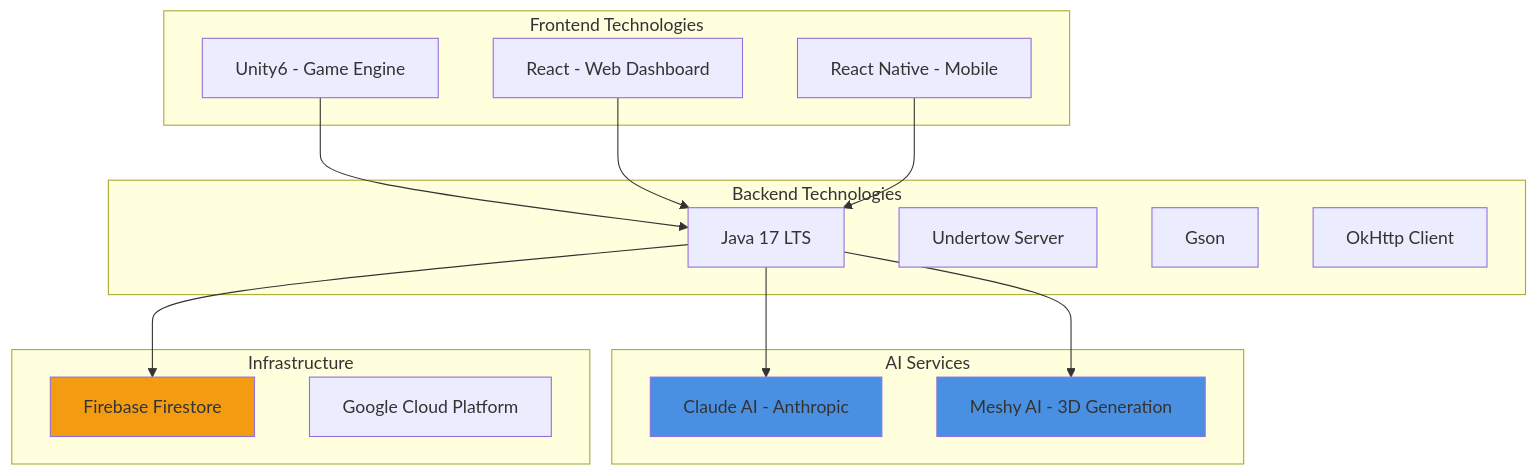
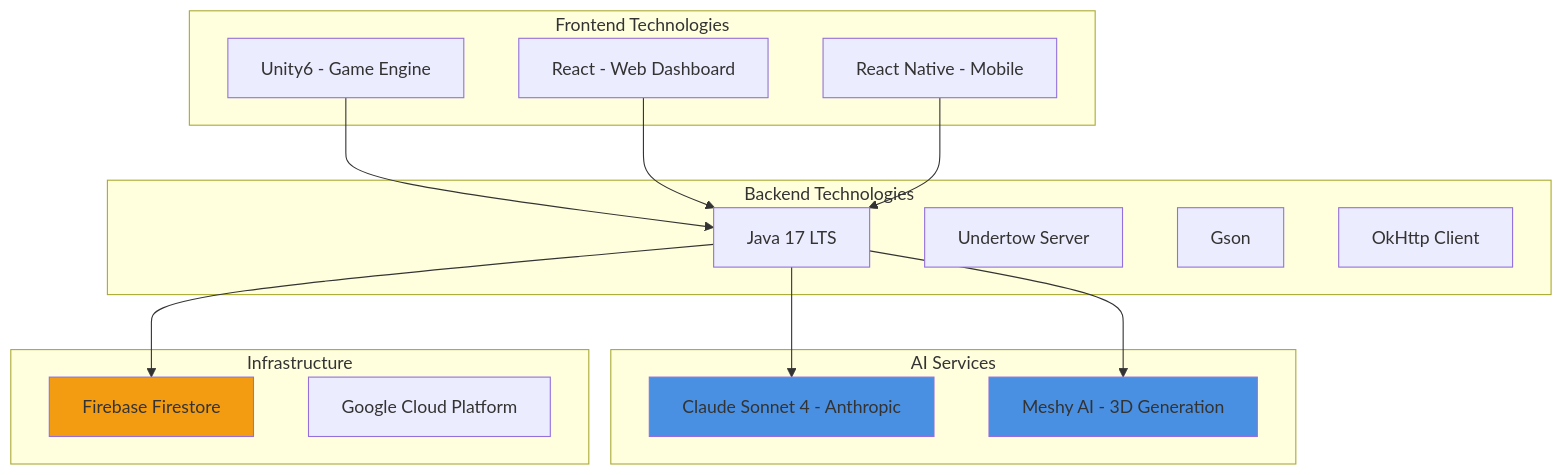
Before and after one commit to Febriez/eroom-docs: the first of 2 diagrams in project-overview/tech-stack.md, drawn with Mermaid. The commit also changed other lines of this file and 25 other files, not shown here.

```diff
--- a/project-overview/tech-stack.md
+++ b/project-overview/tech-stack.md
@@ -16,37 +16,37 @@
 {% mermaid %}
 graph TB
 subgraph "Frontend Technologies"
 U[Unity6 - Game Engine]
 R[React - Web Dashboard]
 RN[React Native - Mobile]
 end
 
 subgraph "Backend Technologies"
 J[Java 17 LTS]
 UT[Undertow Server]
 G[Gson]
 OK[OkHttp Client]
 end
 
 subgraph "AI Services"
-CL[Claude AI - Anthropic]
+CL[Claude Sonnet 4 - Anthropic]
 ME[Meshy AI - 3D Generation]
 end
 
 subgraph "Infrastructure"
 FB[Firebase Firestore]
 GC[Google Cloud Platform]
 end
 
 U --> J
 R --> J
 RN --> J
 
 J --> CL
 J --> ME
 J --> FB
 
 style CL fill:#4a90e2
 style ME fill:#4a90e2
 style FB fill:#f39c12
 {% endmermaid %}
```
